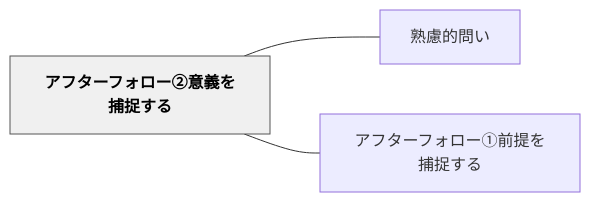
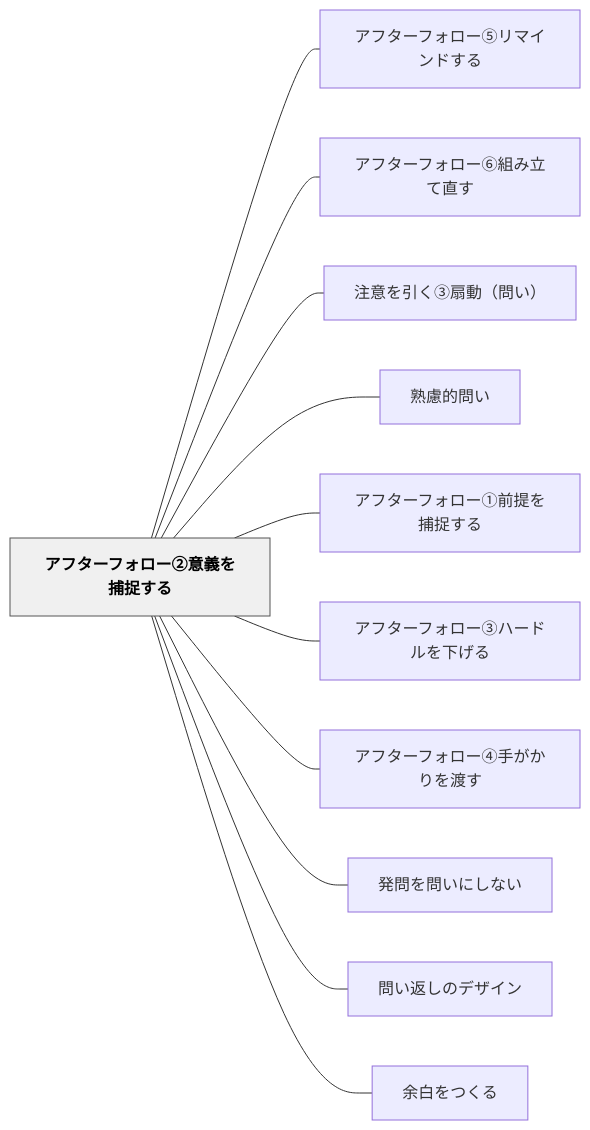
The diagram in content/パタン/アフターフォロー②意義を捕捉する.md (unknownthings-ed-patterns/unknownthings-ed-patterns), drawn with Mermaid before and after one commit. The commit also changed other lines of this file and 38 other files, not shown here.

````diff
--- a/content/パタン/アフターフォロー②意義を捕捉する.md
+++ b/content/パタン/アフターフォロー②意義を捕捉する.md
@@ -39,12 +48,28 @@
 ```mermaid
 flowchart LR
     ne382a2e38395e382bfe383bce38395e382a9e383ade383bce291a1e6848fe7bea9e38292e68d95e68d89e38199e3828b["アフターフォロー②意義を捕捉する"]
+    ne382a2e38395e382bfe383bce38395e382a9e383ade383bce291a4e383aae3839ee382a4e383b3e38389e38199e3828b["アフターフォロー⑤リマインドする"]
+    ne382a2e38395e382bfe383bce38395e382a9e383ade383bce291a5e7b584e381bfe7ab8be381a6e79bb4e38199["アフターフォロー⑥組み立て直す"]
+    ne6b3a8e6848fe38292e5bc95e3818fe291a2e68987e58b95efbc88e5958fe38184efbc89["注意を引く③扇動（問い）"]
     ne7869fe685aee79a84e5958fe38184["熟慮的問い"]
     ne382a2e38395e382bfe383bce38395e382a9e383ade383bce291a0e5898de68f90e38292e68d95e68d89e38199e3828b["アフターフォロー①前提を捕捉する"]
+    ne382a2e38395e382bfe383bce38395e382a9e383ade383bce291a2e3838fe383bce38389e383abe38292e4b88be38192e3828b["アフターフォロー③ハードルを下げる"]
+    ne382a2e38395e382bfe383bce38395e382a9e383ade383bce291a3e6898be3818ce3818be3828ae38292e6b8a1e38199["アフターフォロー④手がかりを渡す"]
+    ne799bae5958fe38292e5958fe38184e381abe38197e381aae38184["発問を問いにしない"]
+    ne5958fe38184e8bf94e38197e381aee38387e382b6e382a4e383b3["問い返しのデザイン"]
+    ne4bd99e799bde38292e381a4e3818fe3828b["余白をつくる"]
 
+    ne382a2e38395e382bfe383bce38395e382a9e383ade383bce291a1e6848fe7bea9e38292e68d95e68d89e38199e3828b --- ne382a2e38395e382bfe383bce38395e382a9e383ade383bce291a4e383aae3839ee382a4e383b3e38389e38199e3828b
+    ne382a2e38395e382bfe383bce38395e382a9e383ade383bce291a1e6848fe7bea9e38292e68d95e68d89e38199e3828b --- ne382a2e38395e382bfe383bce38395e382a9e383ade383bce291a5e7b584e381bfe7ab8be381a6e79bb4e38199
+    ne382a2e38395e382bfe383bce38395e382a9e383ade383bce291a1e6848fe7bea9e38292e68d95e68d89e38199e3828b --- ne6b3a8e6848fe38292e5bc95e3818fe291a2e68987e58b95efbc88e5958fe38184efbc89
     ne382a2e38395e382bfe383bce38395e382a9e383ade383bce291a1e6848fe7bea9e38292e68d95e68d89e38199e3828b --- ne7869fe685aee79a84e5958fe38184
     ne382a2e38395e382bfe383bce38395e382a9e383ade383bce291a1e6848fe7bea9e38292e68d95e68d89e38199e3828b --- ne382a2e38395e382bfe383bce38395e382a9e383ade383bce291a0e5898de68f90e38292e68d95e68d89e38199e3828b
+    ne382a2e38395e382bfe383bce38395e382a9e383ade383bce291a1e6848fe7bea9e38292e68d95e68d89e38199e3828b --- ne382a2e38395e382bfe383bce38395e382a9e383ade383bce291a2e3838fe383bce38389e383abe38292e4b88be38192e3828b
+    ne382a2e38395e382bfe383bce38395e382a9e383ade383bce291a1e6848fe7bea9e38292e68d95e68d89e38199e3828b --- ne382a2e38395e382bfe383bce38395e382a9e383ade383bce291a3e6898be3818ce3818be3828ae38292e6b8a1e38199
+    ne382a2e38395e382bfe383bce38395e382a9e383ade383bce291a1e6848fe7bea9e38292e68d95e68d89e38199e3828b --- ne799bae5958fe38292e5958fe38184e381abe38197e381aae38184
+    ne382a2e38395e382bfe383bce38395e382a9e383ade383bce291a1e6848fe7bea9e38292e68d95e68d89e38199e3828b --- ne5958fe38184e8bf94e38197e381aee38387e382b6e382a4e383b3
+    ne382a2e38395e382bfe383bce38395e382a9e383ade383bce291a1e6848fe7bea9e38292e68d95e68d89e38199e3828b --- ne4bd99e799bde38292e381a4e3818fe3828b
 
     classDef hub fill:#f0f0f0,stroke:#555,color:#000,font-weight:bold
     class ne382a2e38395e382bfe383bce38395e382a9e383ade383bce291a1e6848fe7bea9e38292e68d95e68d89e38199e3828b hub
 ```
````
